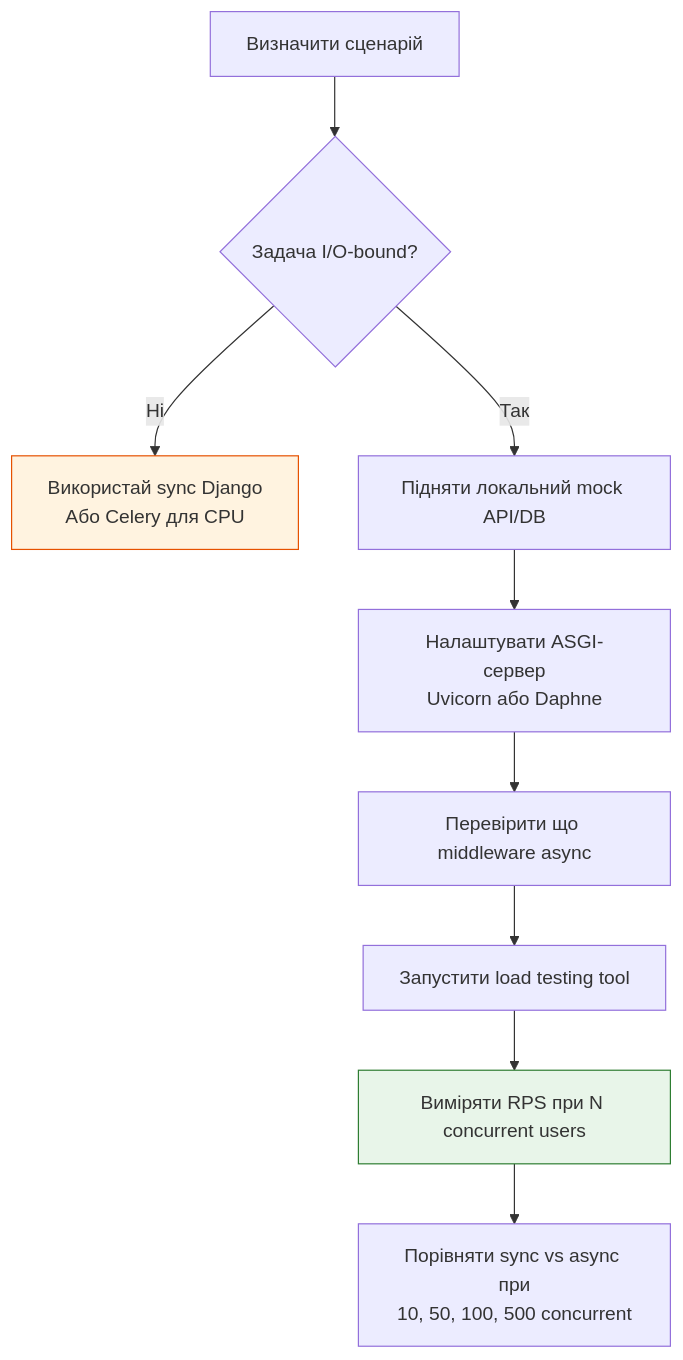
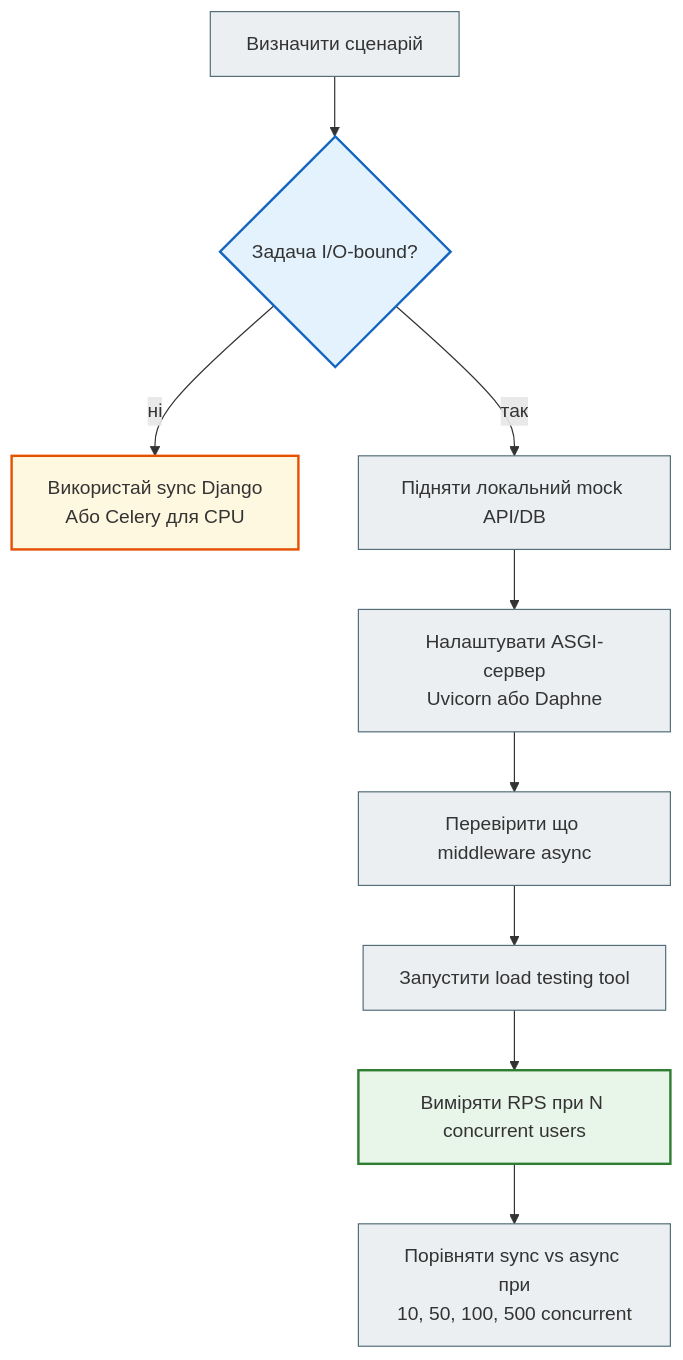
Before and after one commit to NikoriakViktot/notes_chat_app: the first of 2 diagrams in docs/09_async_and_realtime/async_08_benchmarking_full.md, drawn with Mermaid. The commit also changed other lines of this file and 441 other files, not shown here.

First line of the commit message:
Add English version of the book, Mermaid standard, docs fixes

````diff
--- a/docs/09_async_and_realtime/async_08_benchmarking_full.md
+++ b/docs/09_async_and_realtime/async_08_benchmarking_full.md
@@ -95,14 +95,20 @@
 ```mermaid
 graph TD
     A[Визначити сценарій] --> B{Задача I/O-bound?}
-    B -->|Ні| C[Використай sync Django\nАбо Celery для CPU]
-    B -->|Так| D[Підняти локальний mock API/DB]
-    D --> E[Налаштувати ASGI-сервер\nUvicorn або Daphne]
+    B -->|ні| C["Використай sync Django<br>Або Celery для CPU"]
+    B -->|так| D[Підняти локальний mock API/DB]
+    D --> E["Налаштувати ASGI-сервер<br>Uvicorn або Daphne"]
     E --> F[Перевірити що middleware async]
     F --> G[Запустити load testing tool]
     G --> H[Виміряти RPS при N concurrent users]
-    H --> I[Порівняти sync vs async при\n10, 50, 100, 500 concurrent]
+    H --> I["Порівняти sync vs async при<br>10, 50, 100, 500 concurrent"]
 
-    style C fill:#fff3e0,stroke:#e65100
-    style H fill:#e8f5e9,stroke:#2e7d32
+    classDef step     fill:#eceff1,stroke:#546e7a,stroke-width:1px;
+    classDef decision fill:#e3f2fd,stroke:#1565c0,stroke-width:2px;
+    classDef success  fill:#e8f5e9,stroke:#2e7d32,stroke-width:2px;
+    classDef warning  fill:#fff8e1,stroke:#e65100,stroke-width:2px;
+    class A,D,E,F,G,I step;
+    class B decision;
+    class H success;
+    class C warning;
 ```
````
